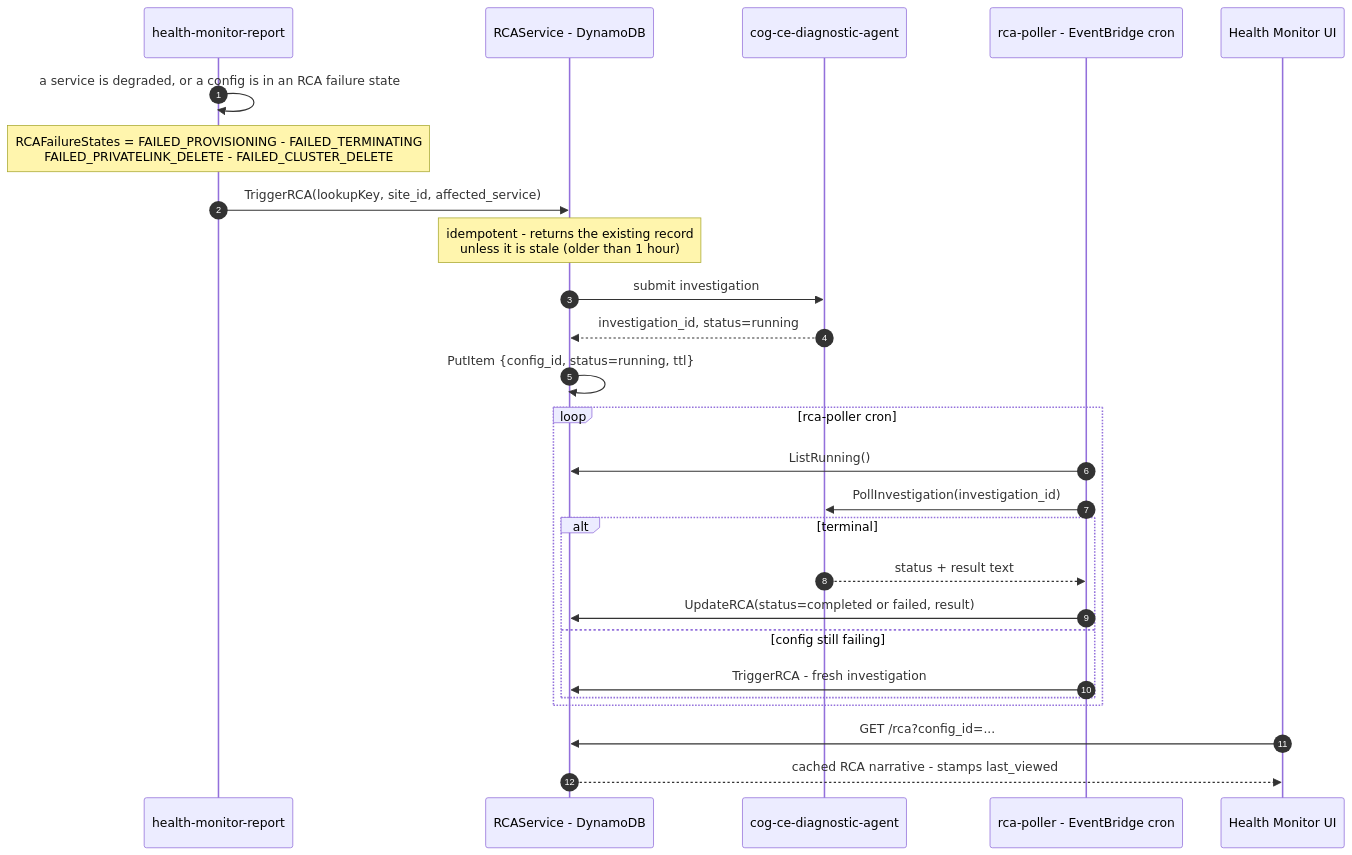
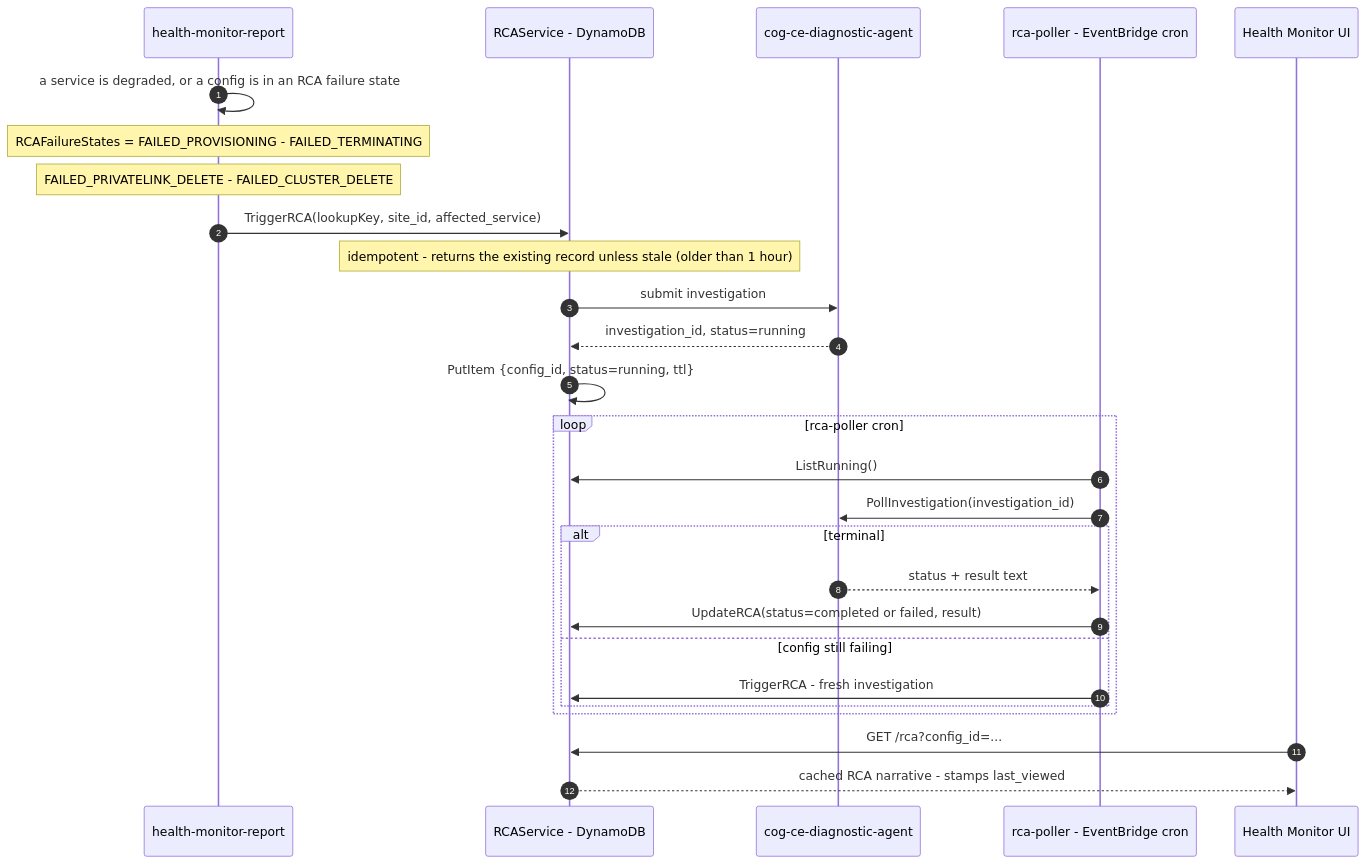
Diagram 20 of 29 in skills/ce-ops/references/CE-KNOWLEDGE-BASE.md (tisan-das/agent-skills), drawn with Mermaid before and after one commit. The commit also changed other lines of this file and 4 other files, not shown here.

````diff
--- a/skills/ce-ops/references/CE-KNOWLEDGE-BASE.md
+++ b/skills/ce-ops/references/CE-KNOWLEDGE-BASE.md
@@ -1618,31 +1761,32 @@
 ```mermaid
 sequenceDiagram
     autonumber
     participant HM as health-monitor-report
     participant RCA as RCAService - DynamoDB
     participant DIAG as cog-ce-diagnostic-agent
     participant POLL as rca-poller - EventBridge cron
     participant UI as Health Monitor UI
 
     HM->>HM: a service is degraded, or a config is in an RCA failure state
-    Note over HM: RCAFailureStates = FAILED_PROVISIONING - FAILED_TERMINATING<br/>FAILED_PRIVATELINK_DELETE - FAILED_CLUSTER_DELETE
+    Note over HM: RCAFailureStates = FAILED_PROVISIONING - FAILED_TERMINATING
+    Note over HM: FAILED_PRIVATELINK_DELETE - FAILED_CLUSTER_DELETE
     HM->>RCA: TriggerRCA(lookupKey, site_id, affected_service)
-    Note over RCA: idempotent - returns the existing record<br/>unless it is stale (older than 1 hour)
+    Note over RCA: idempotent - returns the existing record unless stale (older than 1 hour)
     RCA->>DIAG: submit investigation
     DIAG-->>RCA: investigation_id, status=running
     RCA->>RCA: PutItem {config_id, status=running, ttl}
 
     loop rca-poller cron
         POLL->>RCA: ListRunning()
         POLL->>DIAG: PollInvestigation(investigation_id)
         alt terminal
             DIAG-->>POLL: status + result text
             POLL->>RCA: UpdateRCA(status=completed or failed, result)
         else config still failing
             POLL->>RCA: TriggerRCA - fresh investigation
         end
     end
 
     UI->>RCA: GET /rca?config_id=...
     RCA-->>UI: cached RCA narrative - stamps last_viewed
 ```
````
